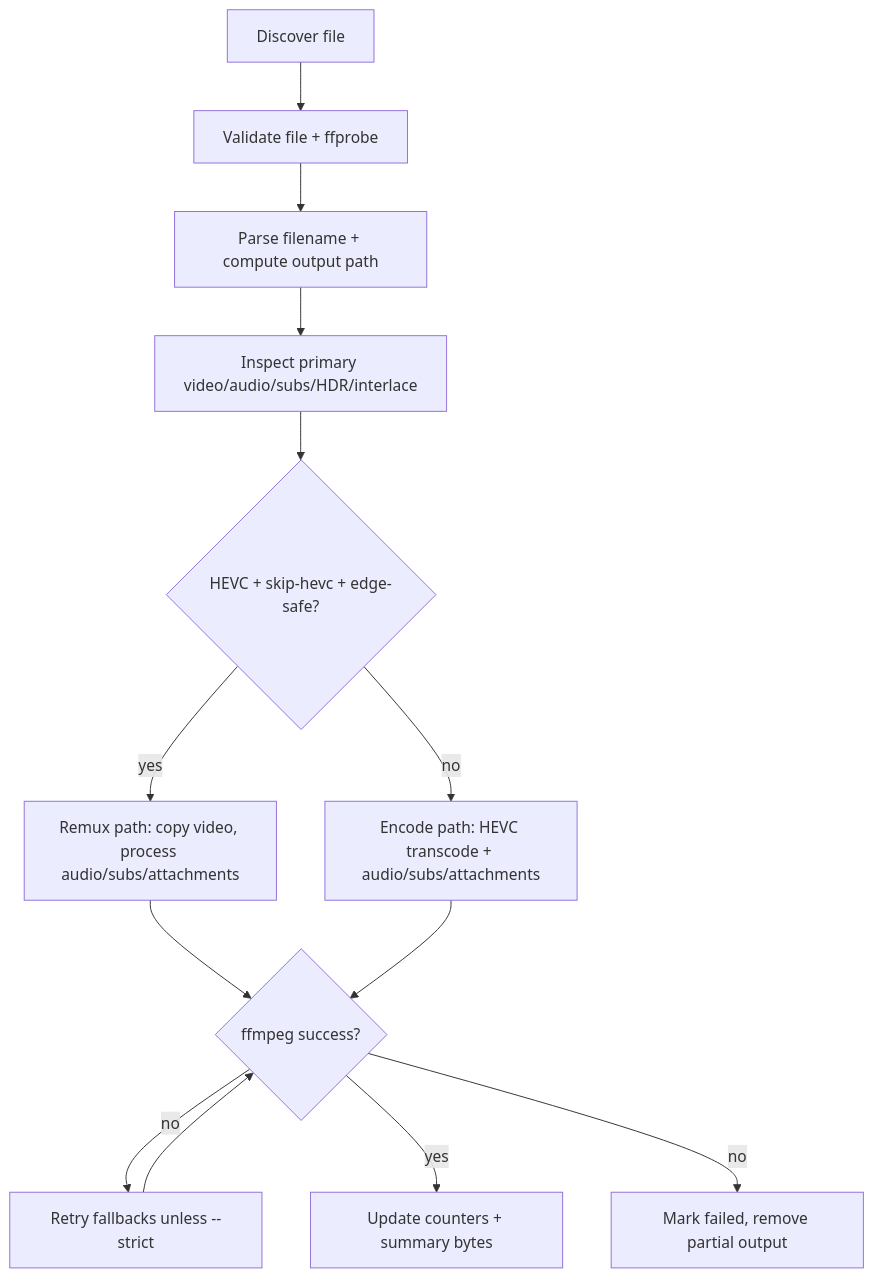
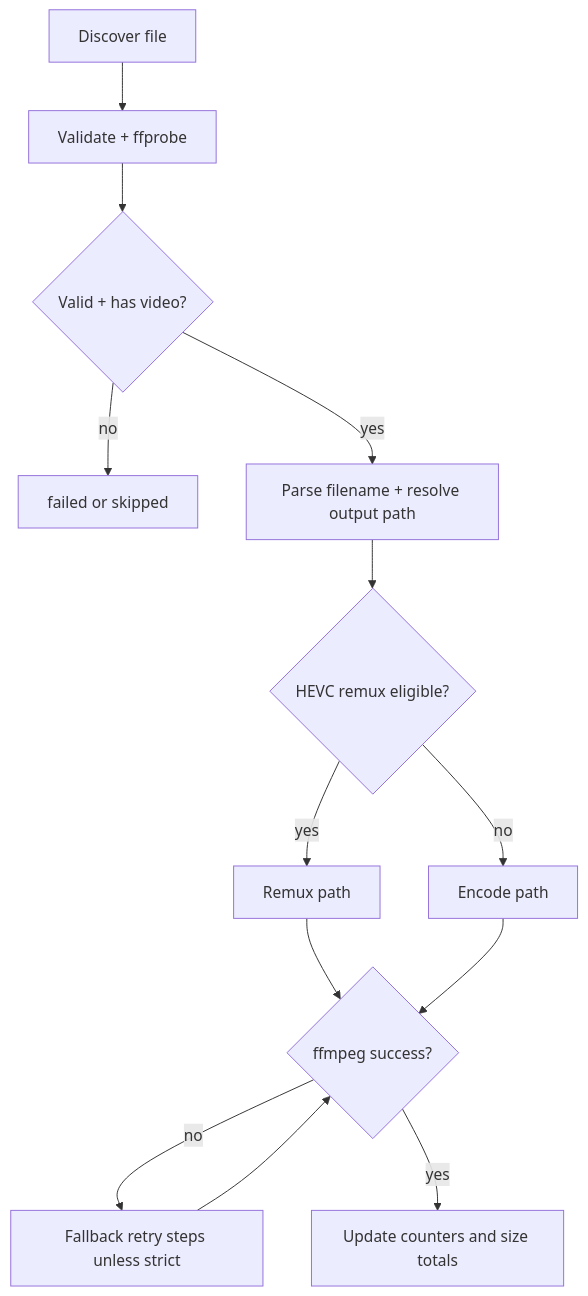
The diagram in _docs/muxmaster-current-behavior-design.md (backmassage/testproj_FFMPEG_Recode), drawn with Mermaid before and after one commit. The commit also changed other lines of this file, not shown here.

````diff
--- a/_docs/muxmaster-current-behavior-design.md
+++ b/_docs/muxmaster-current-behavior-design.md
@@ -130,15 +156,15 @@
 ```mermaid
 flowchart TD
-    A[Discover file] --> B[Validate file + ffprobe]
-    B --> C[Parse filename + compute output path]
-    C --> D[Inspect primary video/audio/subs/HDR/interlace]
-    D --> E{HEVC + skip-hevc + edge-safe?}
-    E -- yes --> F[Remux path: copy video, process audio/subs/attachments]
-    E -- no --> G[Encode path: HEVC transcode + audio/subs/attachments]
+    A[Discover file] --> B[Validate + ffprobe]
+    B --> C{Valid + has video?}
+    C -- no --> C1[failed or skipped]
+    C -- yes --> D[Parse filename + resolve output path]
+    D --> E{HEVC remux eligible?}
+    E -- yes --> F[Remux path]
+    E -- no --> G[Encode path]
     F --> H{ffmpeg success?}
     G --> H
-    H -- no --> I[Retry fallbacks unless --strict]
+    H -- no --> I[Fallback retry steps unless strict]
     I --> H
-    H -- yes --> J[Update counters + summary bytes]
-    H -- no --> K[Mark failed, remove partial output]
+    H -- yes --> J[Update counters and size totals]
 ```
````
